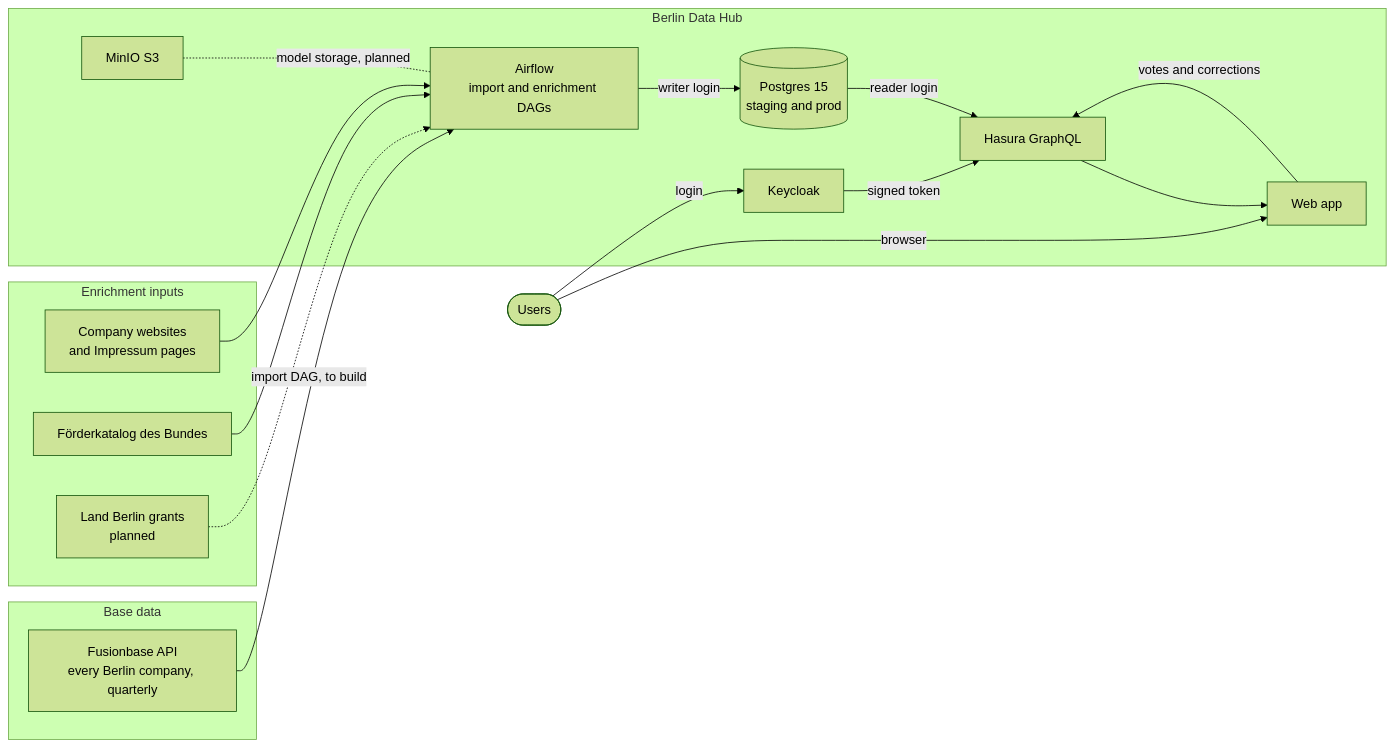
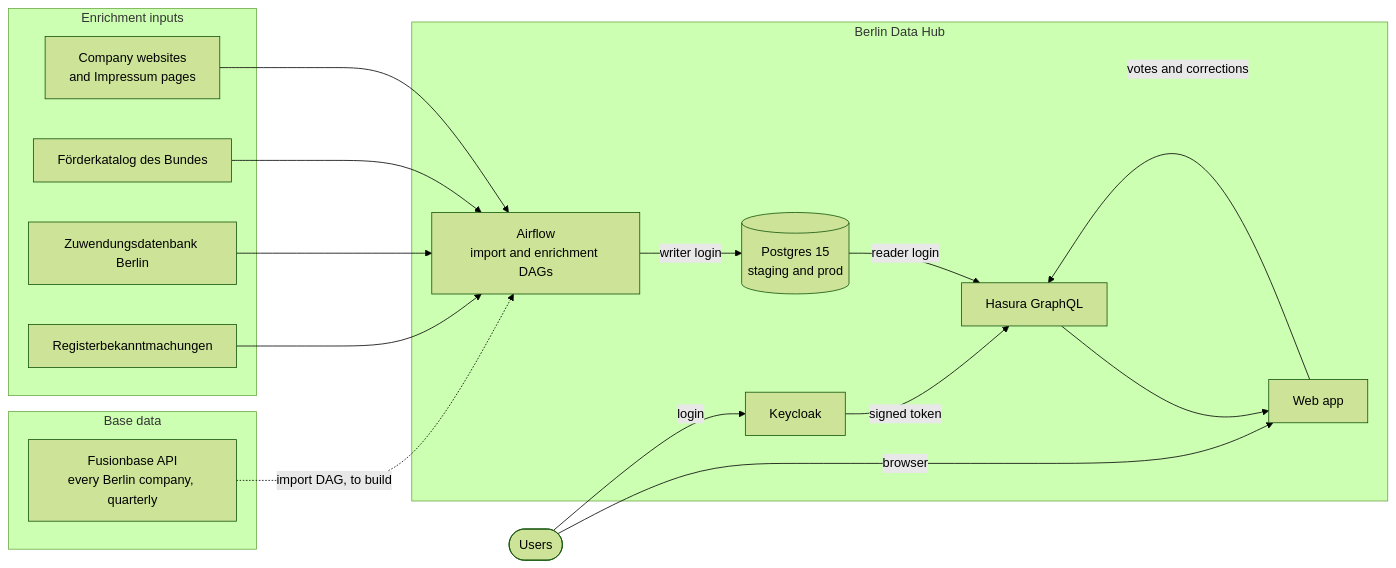
The first of 4 diagrams in docs/architecture-overview.md (technologiestiftung/unternehmensdatenbank), drawn with Mermaid (forest theme) before and after one commit. The commit also changed other lines of this file and 16 other files, not shown here.

````diff
--- a/docs/architecture-overview.md
+++ b/docs/architecture-overview.md
@@ -21,36 +20,36 @@
 ```mermaid
 flowchart LR
   subgraph BASE["Base data"]
     FB["Fusionbase API<br/>every Berlin company, quarterly"]
   end
 
   subgraph ENRICH["Enrichment inputs"]
     WEB["Company websites<br/>and Impressum pages"]
     FK["Förderkatalog des Bundes"]
-    LB["Land Berlin grants<br/>planned"]
+    LB["Zuwendungsdatenbank Berlin"]
+    RB["Registerbekanntmachungen"]
   end
 
   subgraph HUB["Berlin Data Hub"]
     AF["Airflow<br/>import and enrichment DAGs"]
     PG[("Postgres 15<br/>staging and prod")]
     HS["Hasura GraphQL"]
     KC["Keycloak"]
-    S3["MinIO S3"]
     APP["Web app"]
   end
 
   USERS(["Users"])
 
-  FB -->|"import DAG, to build"| AF
+  FB -.->|"import DAG, to build"| AF
   WEB --> AF
   FK --> AF
-  LB -.-> AF
+  LB --> AF
+  RB --> AF
   AF -->|"writer login"| PG
   PG -->|"reader login"| HS
   HS --> APP
   KC -->|"signed token"| HS
   USERS -->|"browser"| APP
   USERS -->|"login"| KC
   APP -->|"votes and corrections"| HS
-  S3 -.-|"model storage, planned"| AF
 ```
````
